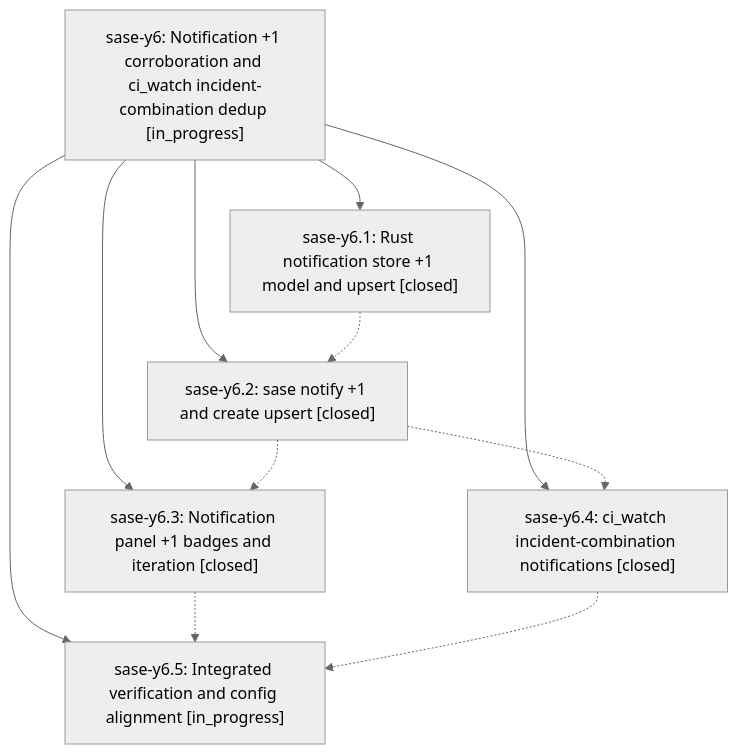
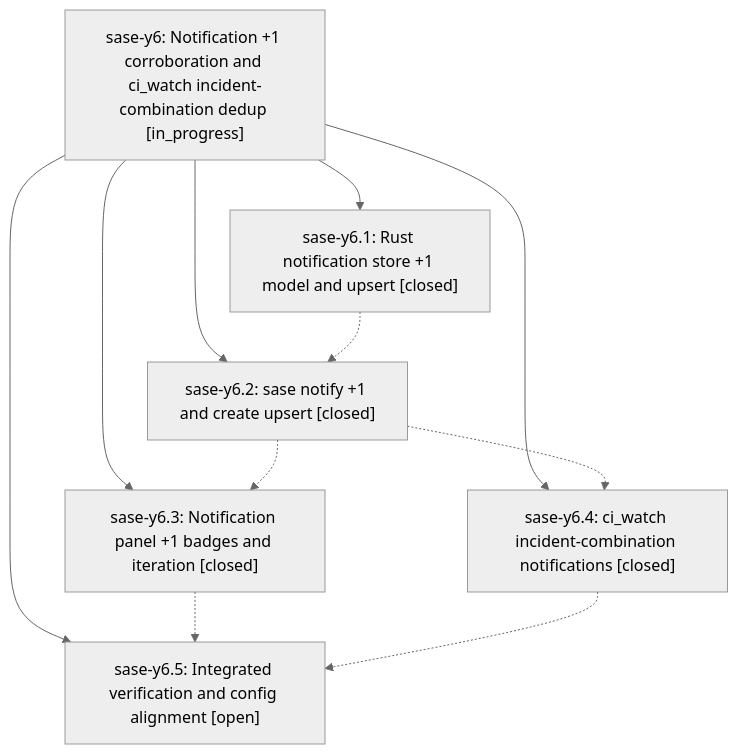
One commit to sase-org/sase--beads changed the diagram in pages/sase-y6/README.md. Above: the diagram before and after it, drawn with Mermaid (neutral theme). The commit also changed other lines of this file and 3 other files, not shown here.

````diff
--- a/pages/sase-y6/README.md
+++ b/pages/sase-y6/README.md
@@ -38,19 +38,19 @@
 ```mermaid
 flowchart TD
     n0["sase-y6: Notification +1 corroboration and ci_watch incident-combination dedup [in_progress]"]
     n1["sase-y6.1: Rust notification store +1 model and upsert [closed]"]
     n2["sase-y6.2: sase notify +1 and create upsert [closed]"]
     n3["sase-y6.3: Notification panel +1 badges and iteration [closed]"]
     n4["sase-y6.4: ci_watch incident-combination notifications [closed]"]
-    n5["sase-y6.5: Integrated verification and config alignment [in_progress]"]
+    n5["sase-y6.5: Integrated verification and config alignment [open]"]
     n0 --> n1
     n0 --> n2
     n0 --> n3
     n0 --> n4
     n0 --> n5
     n1 -.-> n2
     n2 -.-> n3
     n2 -.-> n4
     n3 -.-> n5
     n4 -.-> n5
 ```
````
